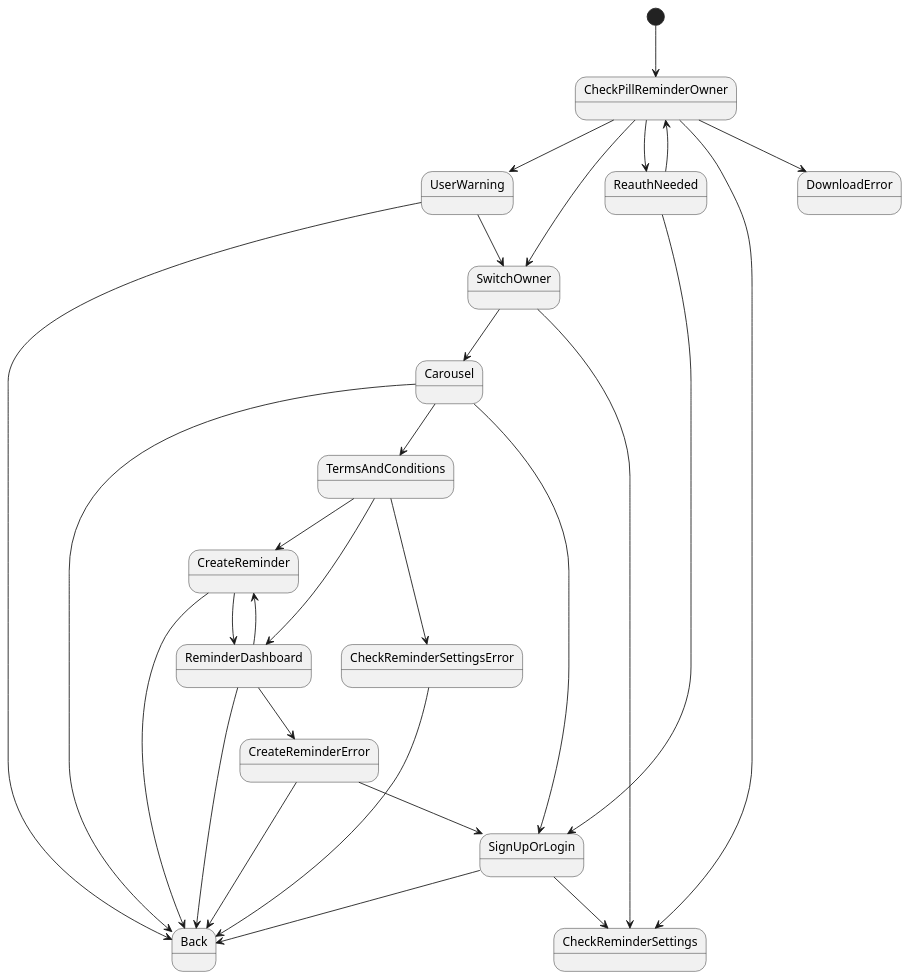
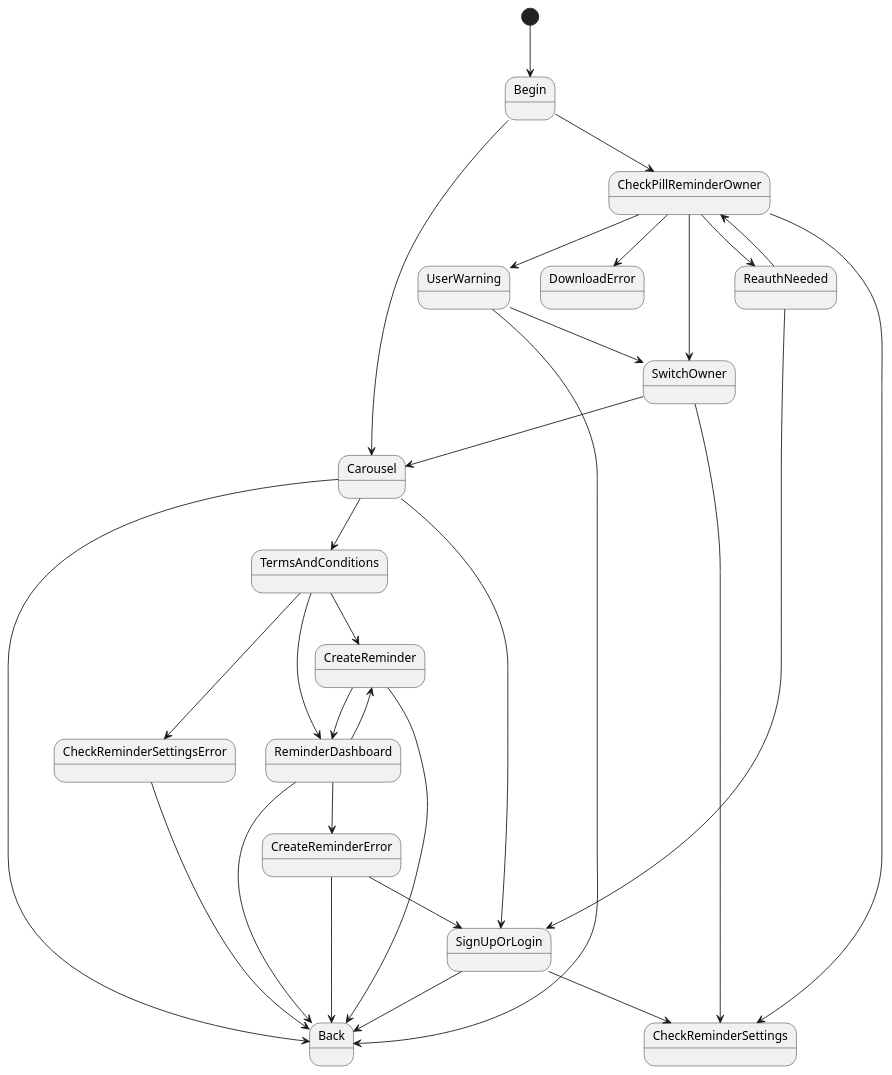
The diagram in app/src/main/java/me/jameshunt/flow3/summary/PillReminder.puml (huntj88/Flow), drawn with PlantUML before and after one commit. The commit also changed 8 other files, not shown here.

```diff
--- a/app/src/main/java/me/jameshunt/flow3/summary/PillReminder.puml
+++ b/app/src/main/java/me/jameshunt/flow3/summary/PillReminder.puml
@@ -1,42 +1,46 @@
 @startuml
 
-[*] --> CheckPillReminderOwner
+[*] --> Begin
+
+Begin --> CheckPillReminderOwner
+Begin --> Carousel
+
 CheckPillReminderOwner --> UserWarning
 CheckPillReminderOwner --> CheckReminderSettings
 CheckPillReminderOwner --> DownloadError
 CheckPillReminderOwner --> SwitchOwner
 CheckPillReminderOwner --> ReauthNeeded
 
 ReauthNeeded --> CheckPillReminderOwner
 ReauthNeeded --> SignUpOrLogin
 
 UserWarning --> SwitchOwner
 UserWarning --> Back
 
 SwitchOwner --> Carousel
 SwitchOwner --> CheckReminderSettings
 
 Carousel --> SignUpOrLogin
 Carousel --> TermsAndConditions
 Carousel --> Back
 
 SignUpOrLogin --> CheckReminderSettings
 SignUpOrLogin --> Back
 
 TermsAndConditions --> CreateReminder
 TermsAndConditions --> ReminderDashboard
 TermsAndConditions --> CheckReminderSettingsError
 
 CheckReminderSettingsError -> Back
 
 CreateReminder --> ReminderDashboard
 CreateReminder --> Back
 
 CreateReminderError --> SignUpOrLogin
 CreateReminderError --> Back
 
 ReminderDashboard --> CreateReminder
 ReminderDashboard --> CreateReminderError
 ReminderDashboard --> Back
 
 @enduml
```
